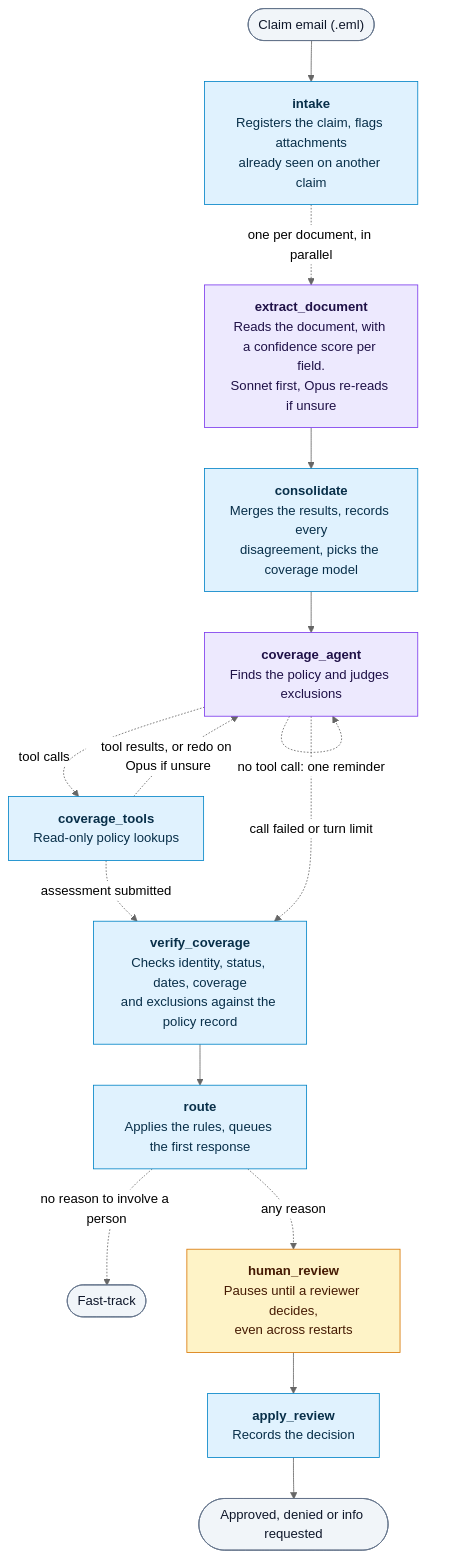
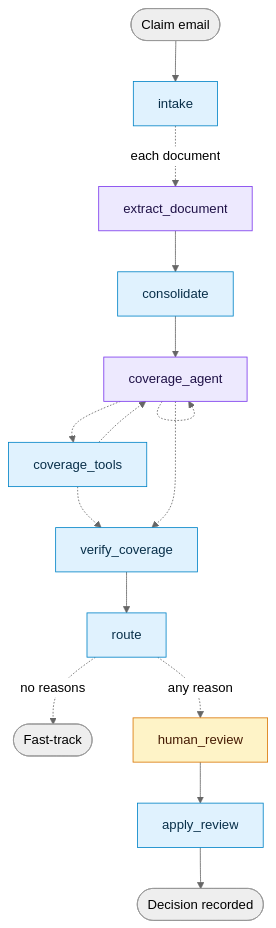
One commit to atanus1502/claims-intake-agent changed the diagram in README.md. Above: the diagram before and after it, drawn with Mermaid (neutral theme).

Commit message:
Compress the workflow diagram in the README

````diff
--- a/README.md
+++ b/README.md
@@ -11,26 +11,20 @@
 ```mermaid
 flowchart TD
-    start(["Claim email (.eml)"]) --> intake["<b>intake</b><br/>Registers the claim, flags attachments<br/>already seen on another claim"]
-    intake -. "one per document, in parallel" .-> extract_document["<b>extract_document</b><br/>Reads the document, with a confidence score per field.<br/>Sonnet first, Opus re-reads if unsure"]
-    extract_document --> consolidate["<b>consolidate</b><br/>Merges the results, records every<br/>disagreement, picks the coverage model"]
-    consolidate --> coverage_agent["<b>coverage_agent</b><br/>Finds the policy and judges exclusions"]
-    coverage_agent -. "tool calls" .-> coverage_tools["<b>coverage_tools</b><br/>Read-only policy lookups"]
-    coverage_tools -. "tool results, or redo on Opus if unsure" .-> coverage_agent
-    coverage_agent -. "no tool call: one reminder" .-> coverage_agent
-    coverage_tools -. "assessment submitted" .-> verify_coverage["<b>verify_coverage</b><br/>Checks identity, status, dates, coverage<br/>and exclusions against the policy record"]
-    coverage_agent -. "call failed or turn limit" .-> verify_coverage
-    verify_coverage --> route["<b>route</b><br/>Applies the rules, queues the first response"]
-    route -. "no reason to involve a person" .-> fast_track(["Fast-track"])
-    route -. "any reason" .-> human_review["<b>human_review</b><br/>Pauses until a reviewer decides,<br/>even across restarts"]
-    human_review --> apply_review["<b>apply_review</b><br/>Records the decision"]
-    apply_review --> reviewed(["Approved, denied or info requested"])
+    start([Claim email]) --> intake
+    intake -. each document .-> extract_document
+    extract_document --> consolidate --> coverage_agent
+    coverage_agent -.-> coverage_tools -.-> coverage_agent
+    coverage_agent -.-> coverage_agent
+    coverage_tools -.-> verify_coverage
+    coverage_agent -.-> verify_coverage
+    verify_coverage --> route
+    route -. no reasons .-> fast_track([Fast-track])
+    route -. any reason .-> human_review --> apply_review --> reviewed([Decision recorded])
 
     classDef claude fill:#ede9fe,stroke:#7c3aed,color:#1f1147
     classDef code fill:#e0f2fe,stroke:#0284c7,color:#082f49
     classDef person fill:#fef3c7,stroke:#d97706,color:#451a03
-    classDef terminal fill:#f1f5f9,stroke:#64748b,color:#0f172a
     class extract_document,coverage_agent claude
     class intake,consolidate,coverage_tools,verify_coverage,route,apply_review code
     class human_review person
-    class start,fast_track,reviewed terminal
 ```
````
